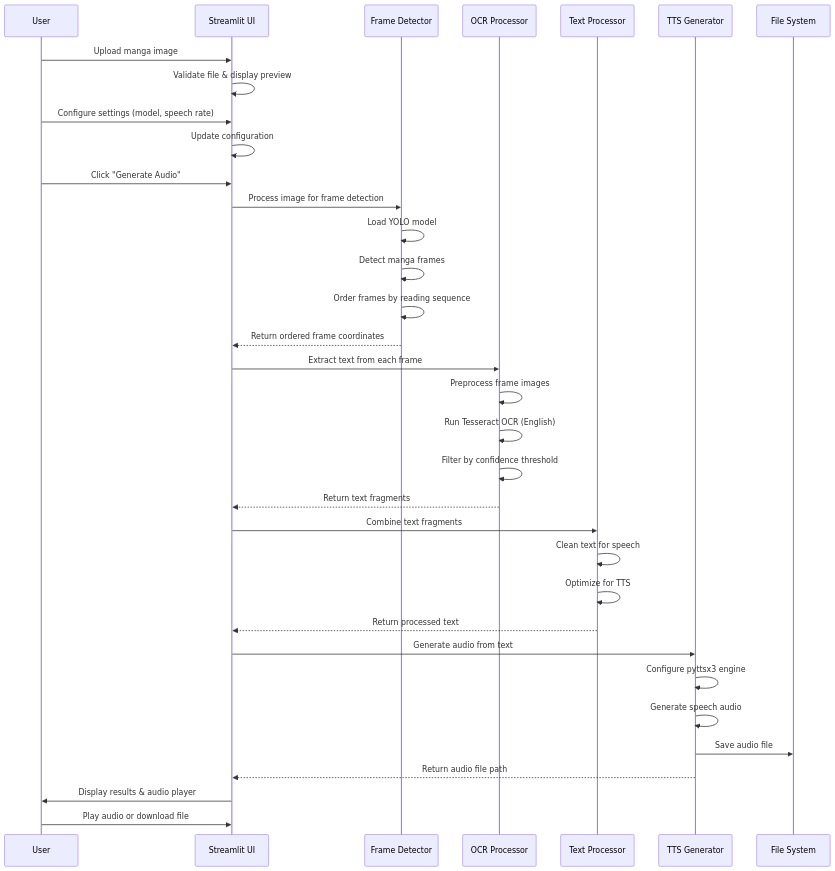
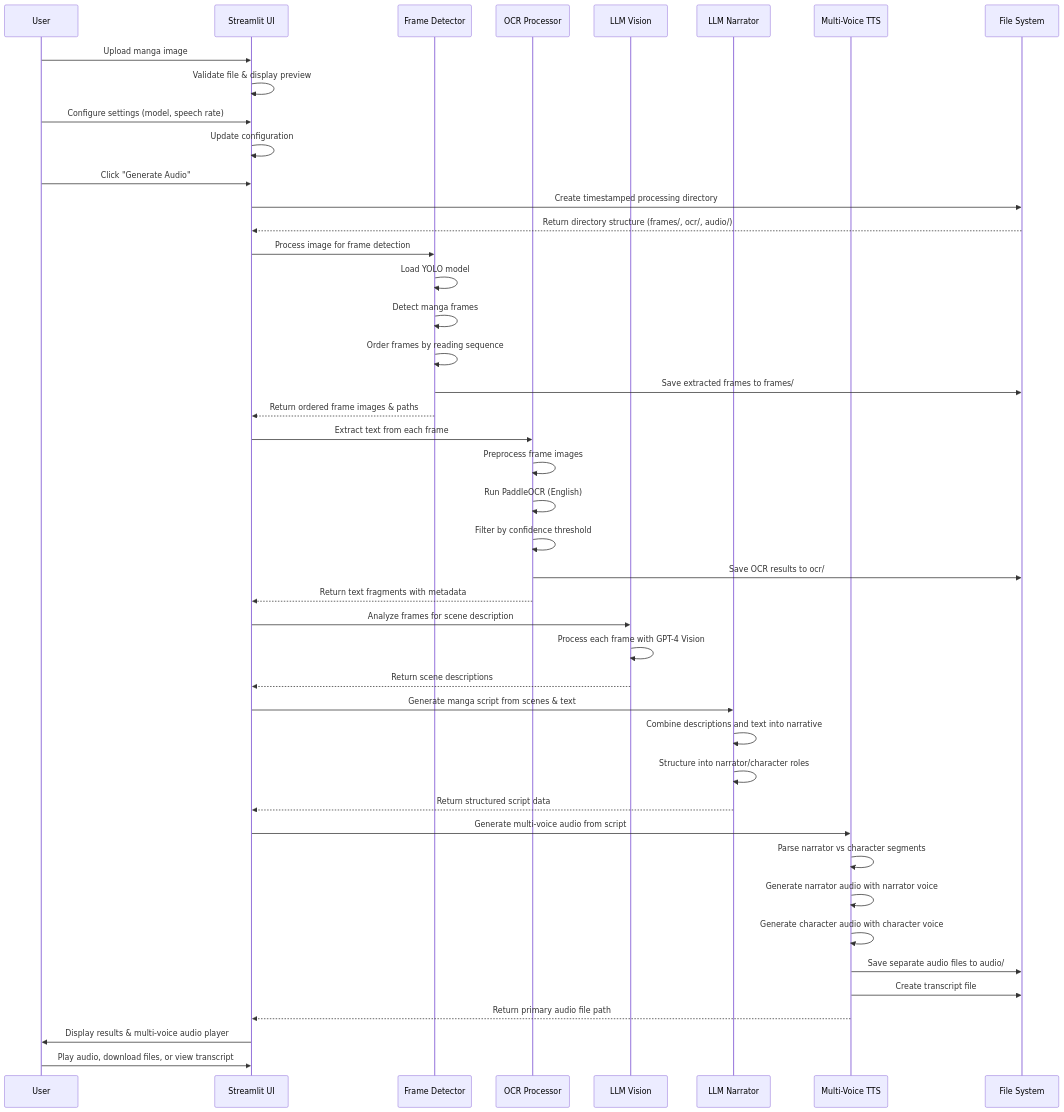
Before and after one commit to iMrLopez/mangAI: the third of 7 diagrams in architecture_diagram.md, drawn with Mermaid. The commit also changed other lines of this file and 11 other files, not shown here.

````diff
--- a/architecture_diagram.md
+++ b/architecture_diagram.md
@@ -91,42 +102,54 @@
 ```mermaid
 sequenceDiagram
     participant U as User
     participant UI as Streamlit UI
     participant FD as Frame Detector
     participant OCR as OCR Processor
-    participant TXT as Text Processor
-    participant TTS as TTS Generator
+    participant LLM_VIS as LLM Vision
+    participant LLM_NAR as LLM Narrator
+    participant TTS as Multi-Voice TTS
     participant FS as File System
     
     U->>UI: Upload manga image
     UI->>UI: Validate file & display preview
     U->>UI: Configure settings (model, speech rate)
     UI->>UI: Update configuration
     U->>UI: Click "Generate Audio"
     
+    UI->>FS: Create timestamped processing directory
+    FS-->>UI: Return directory structure (frames/, ocr/, audio/)
+    
     UI->>FD: Process image for frame detection
     FD->>FD: Load YOLO model
     FD->>FD: Detect manga frames
     FD->>FD: Order frames by reading sequence
-    FD-->>UI: Return ordered frame coordinates
+    FD->>FS: Save extracted frames to frames/
+    FD-->>UI: Return ordered frame images & paths
     
     UI->>OCR: Extract text from each frame
     OCR->>OCR: Preprocess frame images
-    OCR->>OCR: Run Tesseract OCR (English)
+    OCR->>OCR: Run PaddleOCR (English)
     OCR->>OCR: Filter by confidence threshold
-    OCR-->>UI: Return text fragments
+    OCR->>FS: Save OCR results to ocr/
+    OCR-->>UI: Return text fragments with metadata
     
-    UI->>TXT: Combine text fragments
-    TXT->>TXT: Clean text for speech
-    TXT->>TXT: Optimize for TTS
-    TXT-->>UI: Return processed text
+    UI->>LLM_VIS: Analyze frames for scene description
+    LLM_VIS->>LLM_VIS: Process each frame with GPT-4 Vision
+    LLM_VIS-->>UI: Return scene descriptions
     
-    UI->>TTS: Generate audio from text
-    TTS->>TTS: Configure pyttsx3 engine
-    TTS->>TTS: Generate speech audio
-    TTS->>FS: Save audio file
-    TTS-->>UI: Return audio file path
+    UI->>LLM_NAR: Generate manga script from scenes & text
+    LLM_NAR->>LLM_NAR: Combine descriptions and text into narrative
+    LLM_NAR->>LLM_NAR: Structure into narrator/character roles
+    LLM_NAR-->>UI: Return structured script data
     
-    UI->>U: Display results & audio player
-    U->>UI: Play audio or download file
+    UI->>TTS: Generate multi-voice audio from script
+    TTS->>TTS: Parse narrator vs character segments
+    TTS->>TTS: Generate narrator audio with narrator voice
+    TTS->>TTS: Generate character audio with character voice
+    TTS->>FS: Save separate audio files to audio/
+    TTS->>FS: Create transcript file
+    TTS-->>UI: Return primary audio file path
+    
+    UI->>U: Display results & multi-voice audio player
+    U->>UI: Play audio, download files, or view transcript
 ```
````
